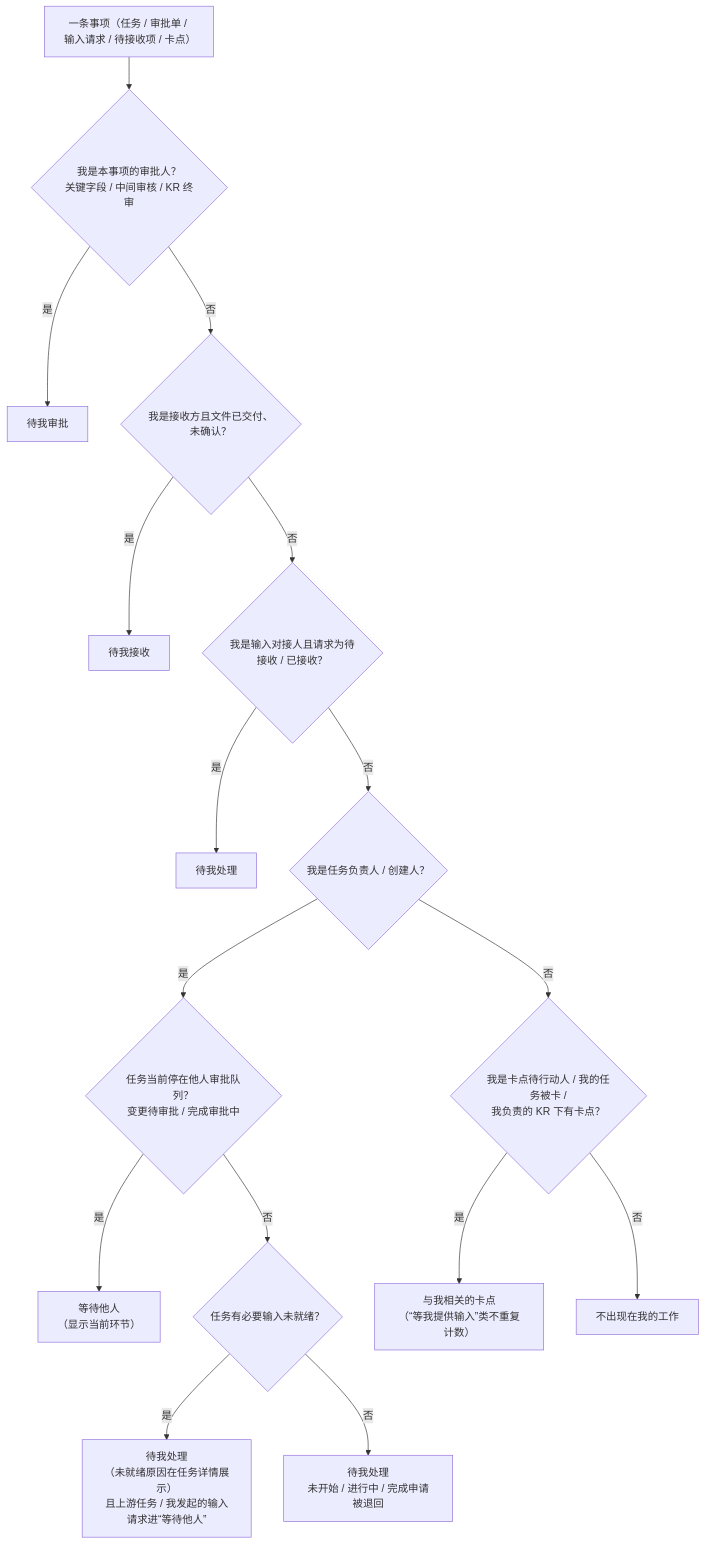
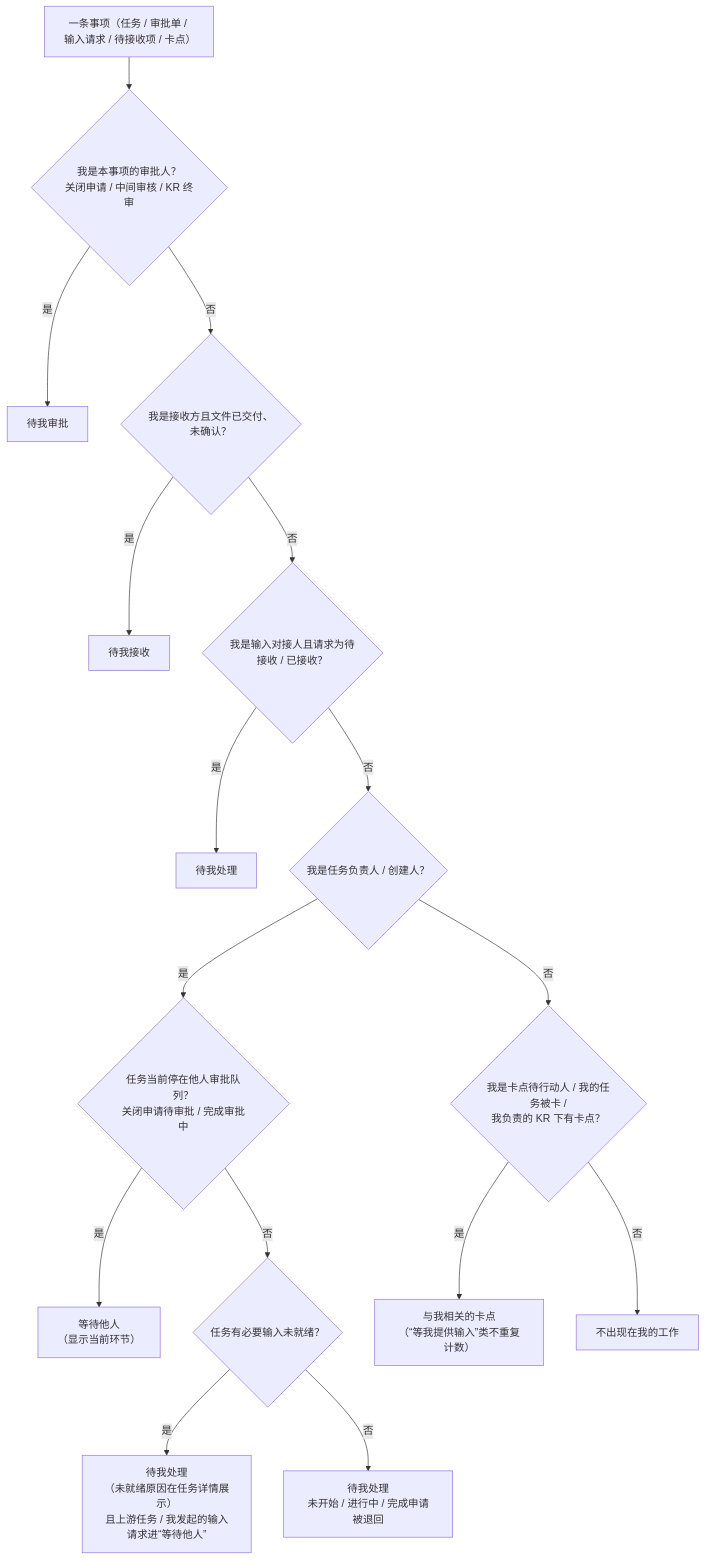
Before and after one commit to mohiria/synergy_mangement: the diagram in docs/我的工作模块_详细PRD_V1.1.md, drawn with Mermaid. The commit also changed other lines of this file and 55 other files, not shown here.

````diff
--- a/docs/我的工作模块_详细PRD_V1.1.md
+++ b/docs/我的工作模块_详细PRD_V1.1.md
@@ -167,18 +166,18 @@
 ```mermaid
 flowchart TD
-    X["一条事项（任务 / 审批单 / 输入请求 / 待接收项 / 卡点）"] --> Q1{"我是本事项的审批人？<br/>关键字段 / 中间审核 / KR 终审"}
+    X["一条事项（任务 / 审批单 / 输入请求 / 待接收项 / 卡点）"] --> Q1{"我是本事项的审批人？<br/>关闭申请 / 中间审核 / KR 终审"}
     Q1 -- "是" --> G2["待我审批"]
     Q1 -- "否" --> Q2{"我是接收方且文件已交付、未确认？"}
     Q2 -- "是" --> G3["待我接收"]
     Q2 -- "否" --> Q3{"我是输入对接人且请求为待接收 / 已接收？"}
     Q3 -- "是" --> G1["待我处理"]
     Q3 -- "否" --> Q4{"我是任务负责人 / 创建人？"}
-    Q4 -- "是" --> Q5{"任务当前停在他人审批队列？<br/>变更待审批 / 完成审批中"}
+    Q4 -- "是" --> Q5{"任务当前停在他人审批队列？<br/>关闭申请待审批 / 完成审批中"}
     Q5 -- "是" --> G4["等待他人<br/>（显示当前环节）"]
     Q5 -- "否" --> Q6{"任务有必要输入未就绪？"}
     Q6 -- "是" --> G1b["待我处理<br/>（未就绪原因在任务详情展示）<br/>且上游任务 / 我发起的输入请求进“等待他人”"]
     Q6 -- "否" --> G1c["待我处理<br/>未开始 / 进行中 / 完成申请被退回"]
     Q4 -- "否" --> Q7{"我是卡点待行动人 / 我的任务被卡 /<br/>我负责的 KR 下有卡点？"}
     Q7 -- "是" --> G5["与我相关的卡点<br/>（“等我提供输入”类不重复计数）"]
     Q7 -- "否" --> NONE["不出现在我的工作"]
 ```
````
